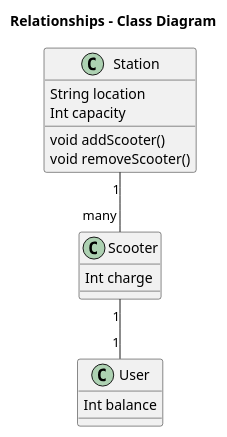
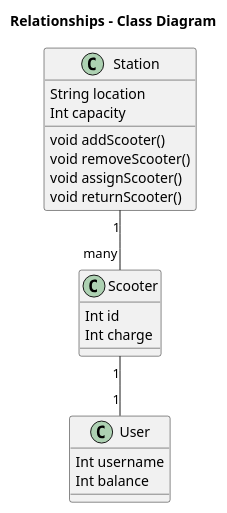
Before and after one commit to JWardle245/Whitehat: the diagram in scooterhire/classDiagram.wsd, drawn with PlantUML. The commit also changed 9 other files, not shown here.

Commit message:
Started on scooterHire classes and finished class diagrams

```diff
--- a/scooterhire/classDiagram.wsd
+++ b/scooterhire/classDiagram.wsd
@@ -1,28 +1,32 @@
 @startuml
 
 title Relationships - Class Diagram
 
 
 class Station {
   String location
   Int capacity
   void addScooter()
   void removeScooter()
+  void assignScooter()
+  void returnScooter()
 }
 
 class Scooter{
+  Int id
   Int charge
 }
 
 class User{
+  Int username
   Int balance
 }
 
 class Station
 class Scooter
 class User
 
 Station "1" -down- "many" Scooter
 Scooter "1" -down- "1" User
 
 @enduml
```
